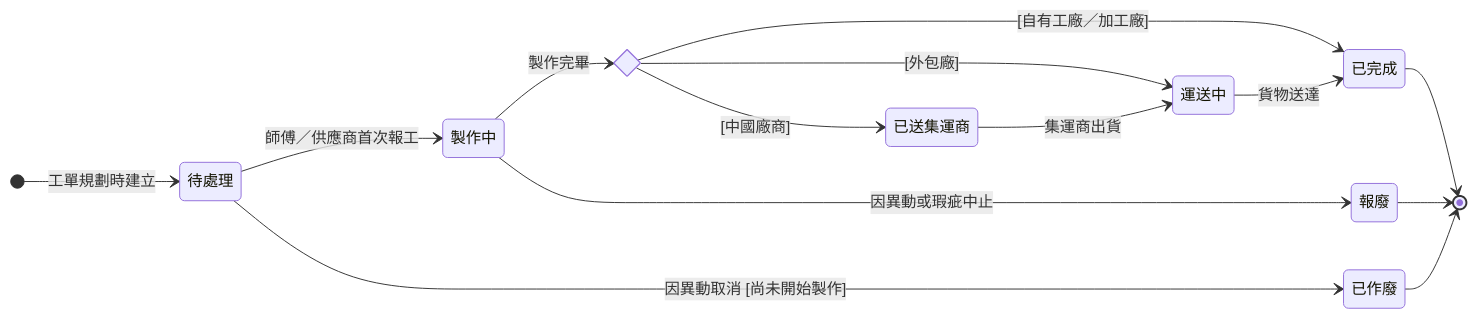
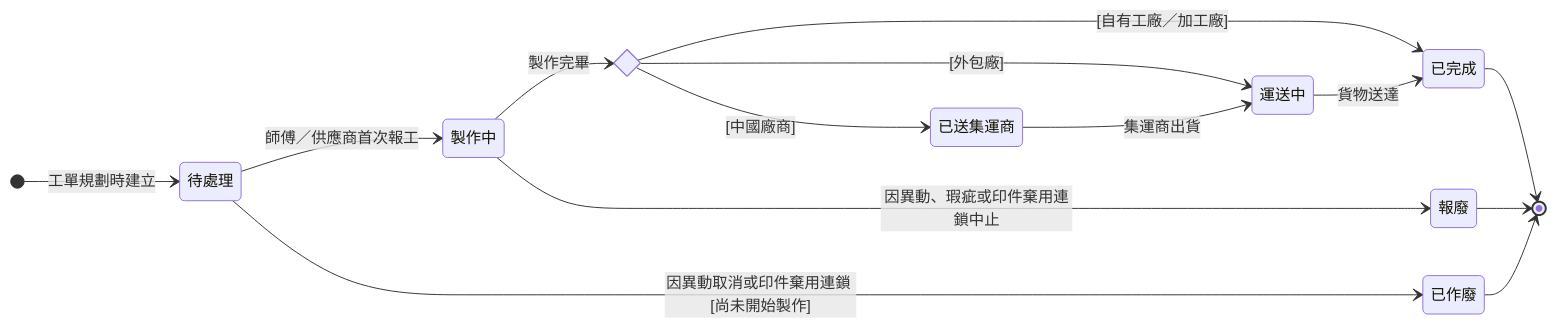
Before and after one commit to Kawato-Miles/erp-spec: the diagram in memory/Sens_wiki/wiki/erp/06-state-machines/生產任務狀態.md, drawn with Mermaid. The commit also changed other lines of this file and 4 other files, not shown here.

````diff
--- a/memory/Sens_wiki/wiki/erp/06-state-machines/生產任務狀態.md
+++ b/memory/Sens_wiki/wiki/erp/06-state-machines/生產任務狀態.md
@@ -50,30 +50,30 @@
 ```mermaid
 stateDiagram-v2
     direction LR
 
     [*] --> s_pending : 工單規劃時建立
 
     state "待處理" as s_pending
     state "製作中" as s_making
     state "已送集運商" as s_consolidator
     state "運送中" as s_shipping
     state "已完成" as s_done
     state "已作廢" as s_void
     state "報廢" as s_scrap
     state route <<choice>>
 
     s_pending --> s_making : 師傅／供應商首次報工
     s_making --> route : 製作完畢
     route --> s_done : [自有工廠／加工廠]
     route --> s_shipping : [外包廠]
     route --> s_consolidator : [中國廠商]
     s_consolidator --> s_shipping : 集運商出貨
     s_shipping --> s_done : 貨物送達
 
-    s_pending --> s_void : 因異動取消 [尚未開始製作]
-    s_making --> s_scrap : 因異動或瑕疵中止
+    s_pending --> s_void : 因異動取消或印件棄用連鎖 [尚未開始製作]
+    s_making --> s_scrap : 因異動、瑕疵或印件棄用連鎖中止
 
     s_done --> [*]
     s_void --> [*]
     s_scrap --> [*]
 ```
````
